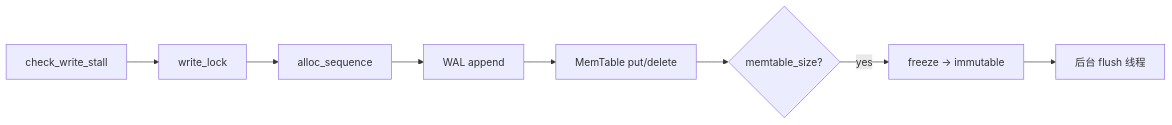
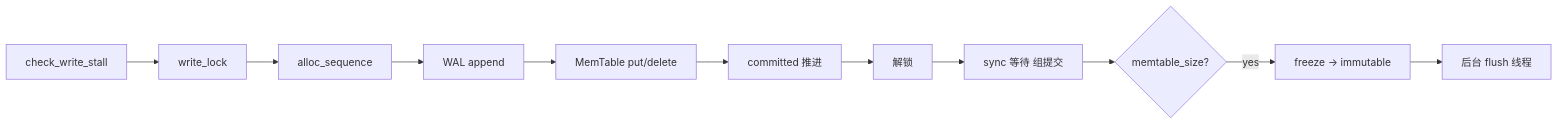
Before and after one commit to wiqun/AiDb: the first of 2 diagrams in docs/modules/01-engine.md, drawn with Mermaid. The commit also changed other lines of this file and 16 other files, not shown here.

````diff
--- a/docs/modules/01-engine.md
+++ b/docs/modules/01-engine.md
@@ -61,10 +62,13 @@
 ```mermaid
 flowchart LR
     W[check_write_stall] --> L[write_lock]
     L --> S[alloc_sequence]
     S --> WAL[WAL append]
     WAL --> MT[MemTable put/delete]
-    MT --> F{memtable_size?}
+    MT --> CM[committed 推进]
+    CM --> UL[解锁]
+    UL --> SY[sync 等待 组提交]
+    SY --> F{memtable_size?}
     F -->|yes| FR[freeze → immutable]
     FR --> BG[后台 flush 线程]
 ```
````
